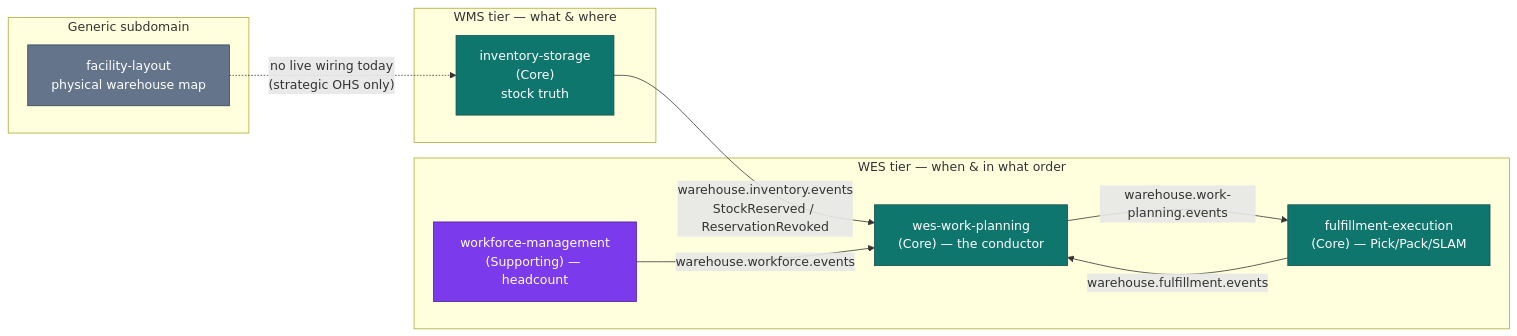
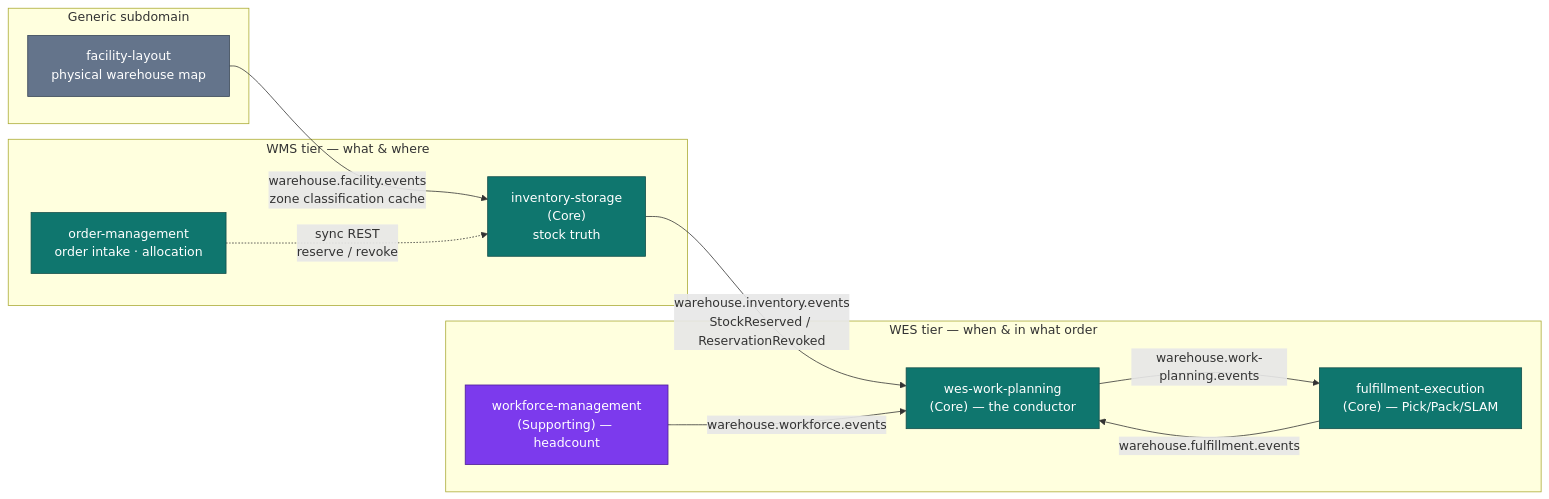
The diagram in docs/docs/overview/introduction.md (claudioed/inventory-storage), drawn with Mermaid before and after one commit. The commit also changed other lines of this file and 18 other files, not shown here.

````diff
--- a/docs/docs/overview/introduction.md
+++ b/docs/docs/overview/introduction.md
@@ -67,27 +67,29 @@
 ```mermaid
 flowchart LR
   subgraph WMS["WMS tier — what & where"]
     INV["inventory-storage<br/>(Core)<br/>stock truth"]
+    OM["order-management<br/>order intake · allocation"]
   end
   subgraph WES["WES tier — when & in what order"]
     WP["wes-work-planning<br/>(Core) — the conductor"]
     FE["fulfillment-execution<br/>(Core) — Pick/Pack/SLAM"]
     WM["workforce-management<br/>(Supporting) — headcount"]
   end
   subgraph GEN["Generic subdomain"]
     FL["facility-layout<br/>physical warehouse map"]
   end
 
   INV -- "warehouse.inventory.events<br/>StockReserved / ReservationRevoked" --> WP
   WP -- "warehouse.work-planning.events" --> FE
   WM -- "warehouse.workforce.events" --> WP
   FE -- "warehouse.fulfillment.events" --> WP
-  FL -. "no live wiring today<br/>(strategic OHS only)" .-> INV
+  FL -- "warehouse.facility.events<br/>zone classification cache" --> INV
+  OM -. "sync REST<br/>reserve / revoke" .-> INV
 
   classDef core fill:#0f766e,stroke:#134e4a,color:#fff;
   classDef supp fill:#7c3aed,stroke:#4c1d95,color:#fff;
   classDef gen fill:#64748b,stroke:#334155,color:#fff;
-  class INV,WP,FE core;
+  class INV,WP,FE,OM core;
   class WM supp;
   class FL gen;
 ```
````
